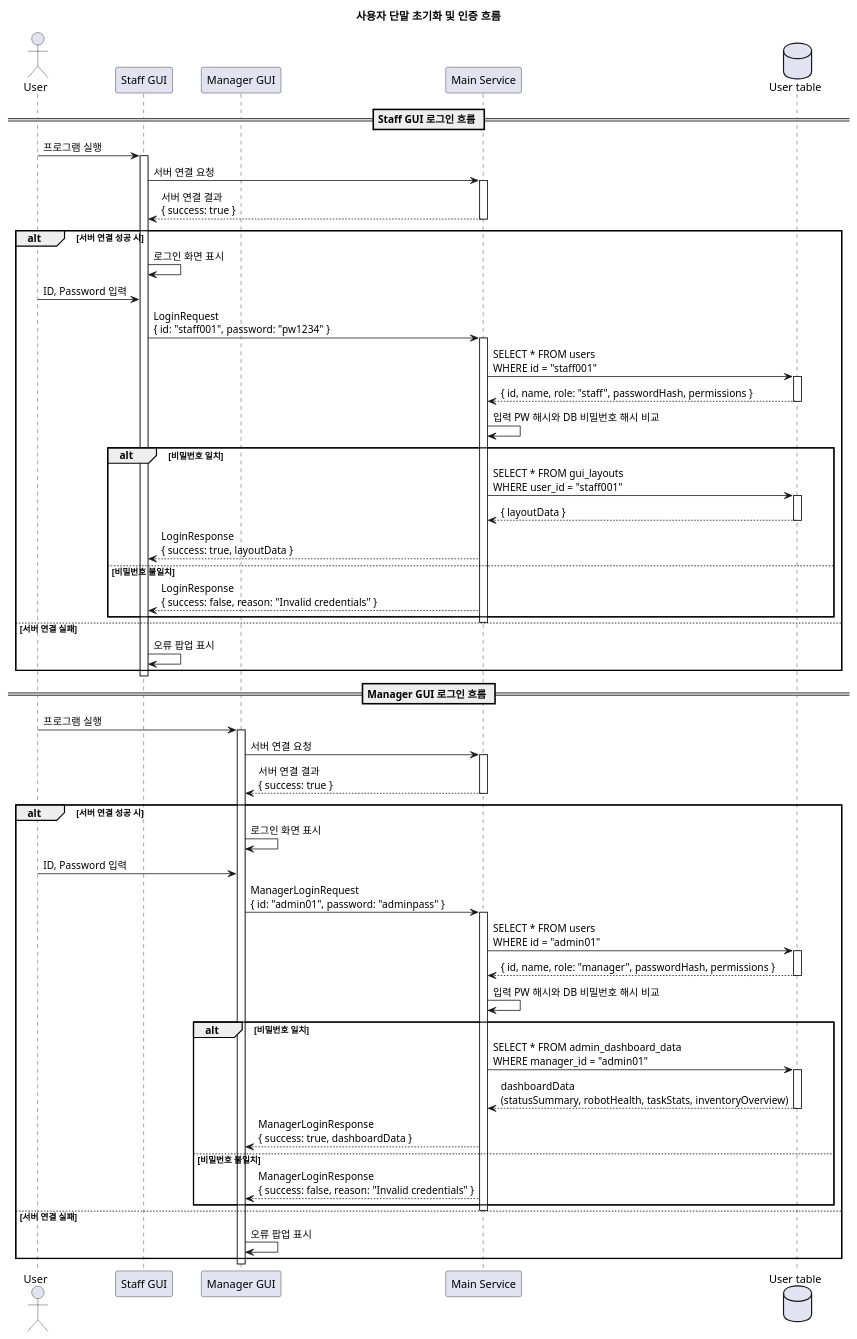
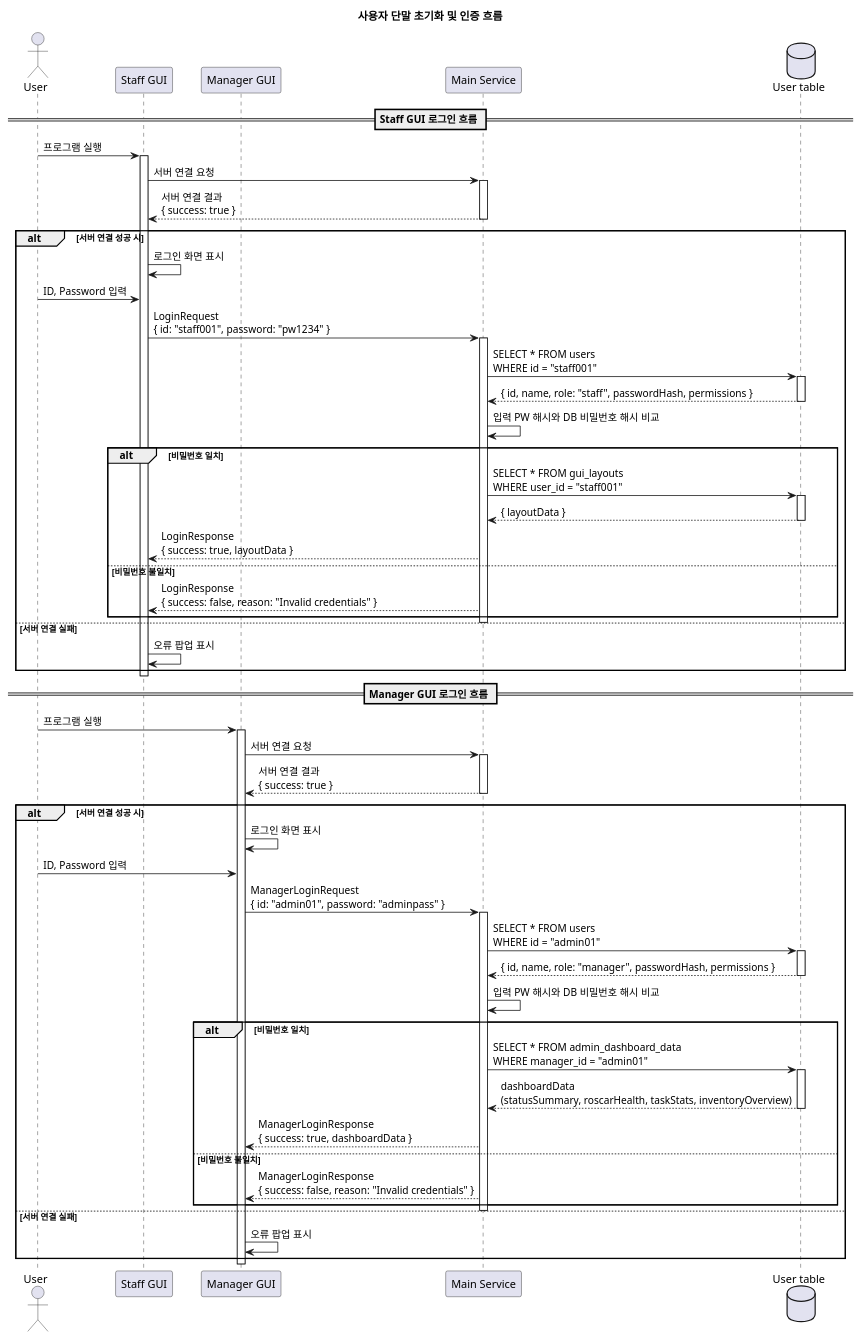
Before and after one commit to addinedu-ros-8th/ros-repo-3: the first of 8 diagrams in docs/sequence_diagram v3.md, drawn with PlantUML. The commit also changed other lines of this file and 108 other files, not shown here.

Commit message:
Fix build and Rename robot to roscar

```diff
--- a/docs/sequence_diagram v3.md
+++ b/docs/sequence_diagram v3.md
@@ -79,7 +79,7 @@
     alt 비밀번호 일치
         Main -> DB : SELECT * FROM admin_dashboard_data\nWHERE manager_id = "admin01"
         activate DB
-        DB --> Main : dashboardData\n(statusSummary, robotHealth, taskStats, inventoryOverview)
+        DB --> Main : dashboardData\n(statusSummary, roscarHealth, taskStats, inventoryOverview)
         deactivate DB
 
         Main --> Manager : ManagerLoginResponse\n{ success: true, dashboardData }
```
